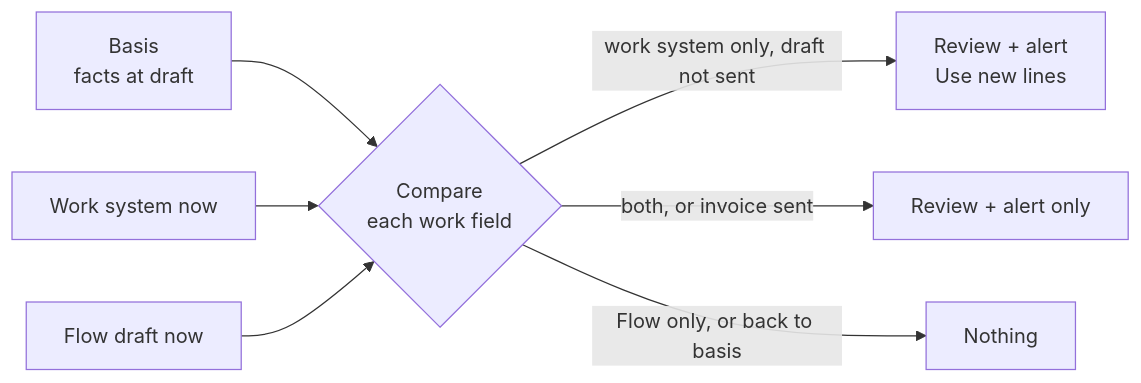
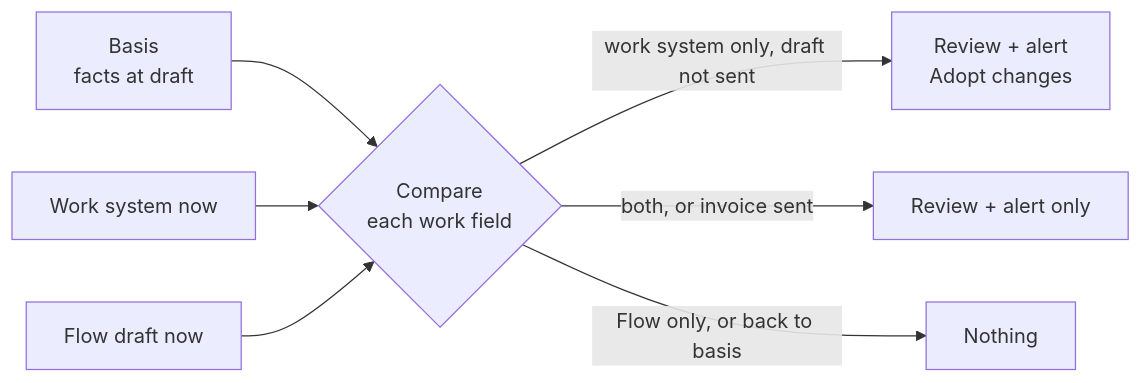
The second of 2 diagrams in docs/DATA_SPINE.md (arcforgelabs/flow), drawn with Mermaid before and after one commit. The commit also changed other lines of this file and 17 other files, not shown here.

First line of the commit message:
feat: a changed job shows was and now on its draft, with Open in Seazona and Adopt changes

````diff
--- a/docs/DATA_SPINE.md
+++ b/docs/DATA_SPINE.md
@@ -195,9 +195,9 @@
 ```mermaid
 flowchart LR
   base[Basis<br/>facts at draft] --> cmp{Compare<br/>each work field}
   work[Work system now] --> cmp
   draft[Flow draft now] --> cmp
-  cmp -- work system only, draft not sent --> offer[Review + alert<br/>Use new lines]
+  cmp -- work system only, draft not sent --> offer[Review + alert<br/>Adopt changes]
   cmp -- both, or invoice sent --> conflict[Review + alert only]
   cmp -- Flow only, or back to basis --> none[Nothing]
 ```
````
